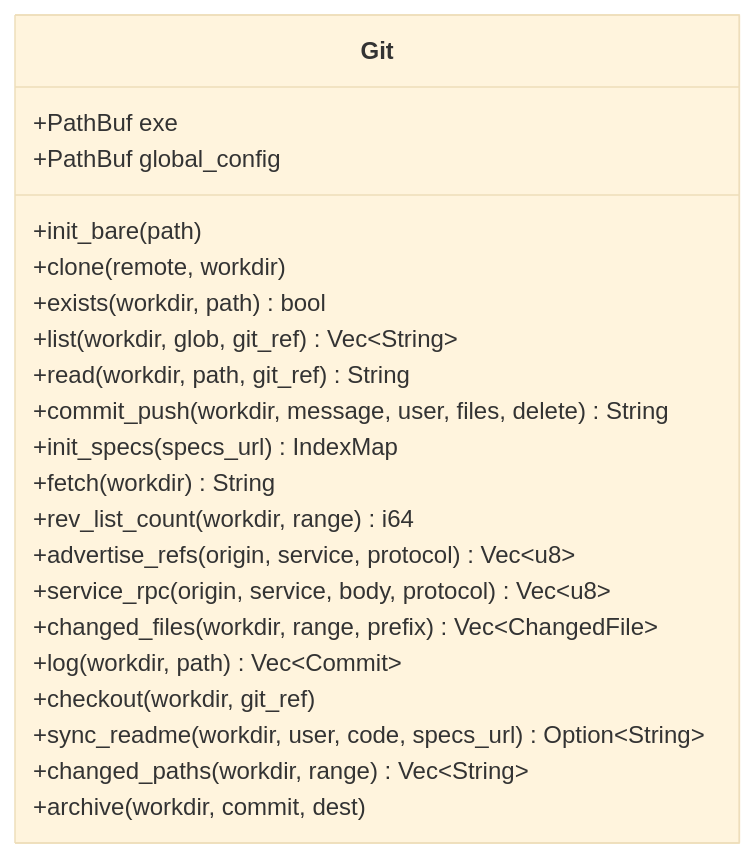
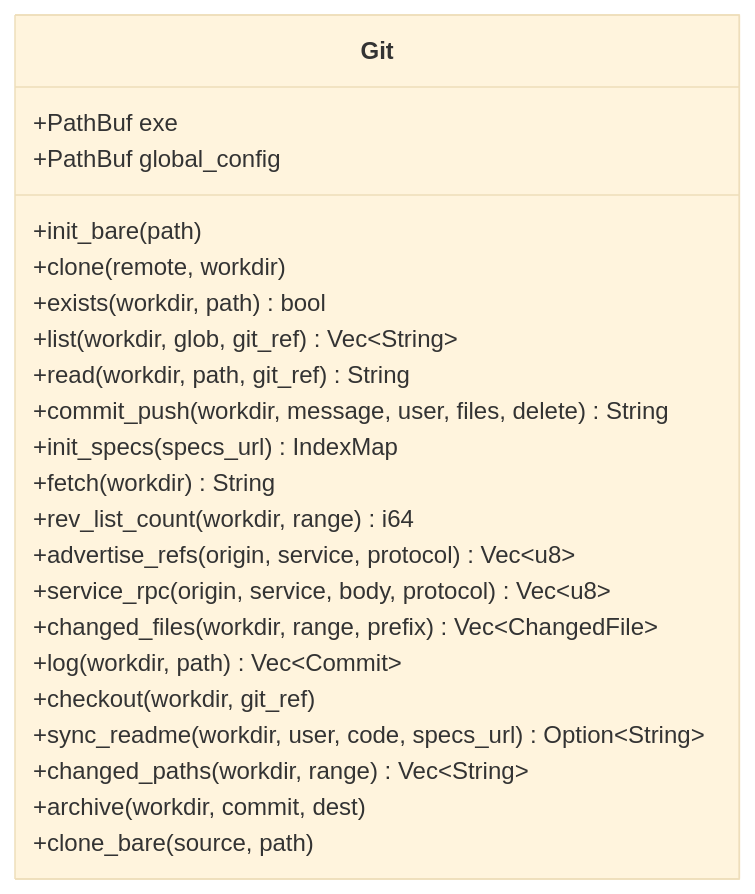
Before and after one commit to HoyoungParkme/syncdoc: the sixth of 9 diagrams in docs/specs/06-DOM/SYNC-DOM-004.md, drawn with Mermaid (base theme). The commit also changed other lines of this file and 21 other files, not shown here.

````diff
--- a/docs/specs/06-DOM/SYNC-DOM-004.md
+++ b/docs/specs/06-DOM/SYNC-DOM-004.md
@@ -681,24 +684,25 @@
 ```mermaid
 classDiagram
     class Git {
         +PathBuf exe
         +PathBuf global_config
         +init_bare(path)
         +clone(remote, workdir)
         +exists(workdir, path) bool
         +list(workdir, glob, git_ref) Vec~String~
         +read(workdir, path, git_ref) String
         +commit_push(workdir, message, user, files, delete) String
         +init_specs(specs_url) IndexMap
         +fetch(workdir) String
         +rev_list_count(workdir, range) i64
         +advertise_refs(origin, service, protocol) Vec~u8~
         +service_rpc(origin, service, body, protocol) Vec~u8~
         +changed_files(workdir, range, prefix) Vec~ChangedFile~
         +log(workdir, path) Vec~Commit~
         +checkout(workdir, git_ref)
         +sync_readme(workdir, user, code, specs_url) Option~String~
         +changed_paths(workdir, range) Vec~String~
         +archive(workdir, commit, dest)
+        +clone_bare(source, path)
     }
 ```
````
